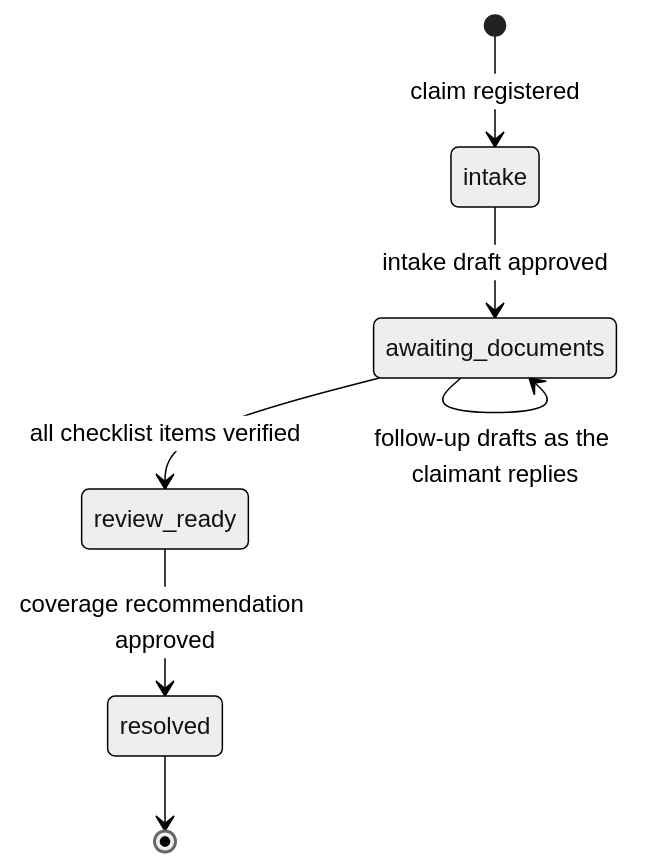
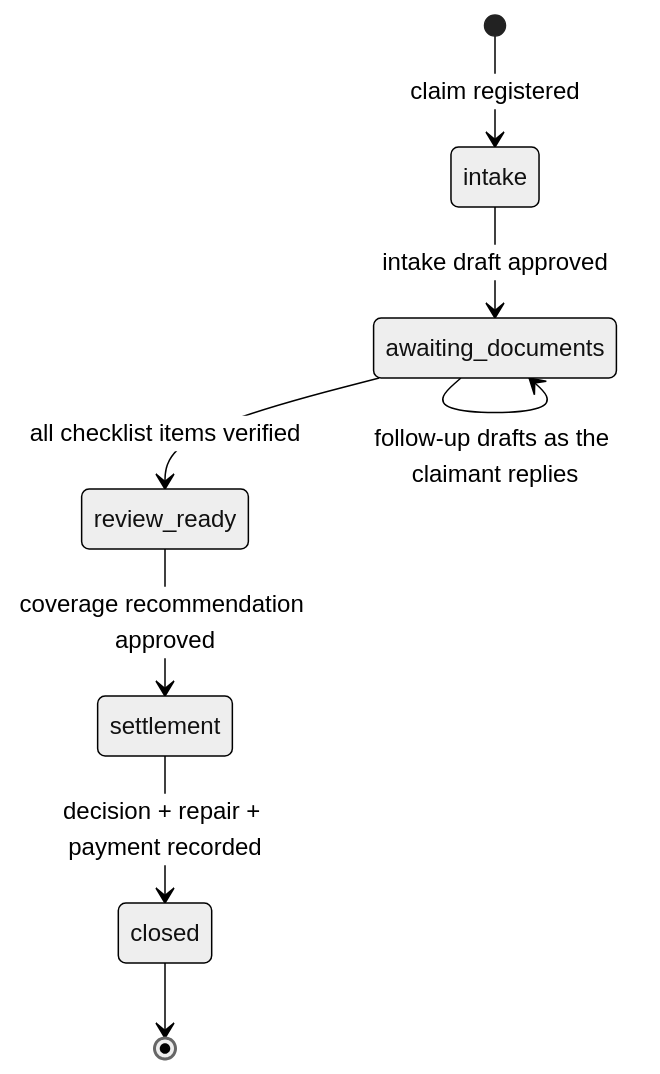
One commit to samriddhi56652/insurance-claims-copilot changed the second of 2 diagrams in README.md. Above: the diagram before and after it, drawn with Mermaid (neutral theme). The commit also changed other lines of this file and 15 other files, not shown here.

````diff
--- a/README.md
+++ b/README.md
@@ -157,9 +162,10 @@
 ```mermaid
 stateDiagram-v2
     [*] --> intake: claim registered
     intake --> awaiting_documents: intake draft approved
     awaiting_documents --> awaiting_documents: follow-up drafts as the claimant replies
     awaiting_documents --> review_ready: all checklist items verified
-    review_ready --> resolved: coverage recommendation approved
-    resolved --> [*]
+    review_ready --> settlement: coverage recommendation approved
+    settlement --> closed: decision + repair + payment recorded
+    closed --> [*]
 ```
````
